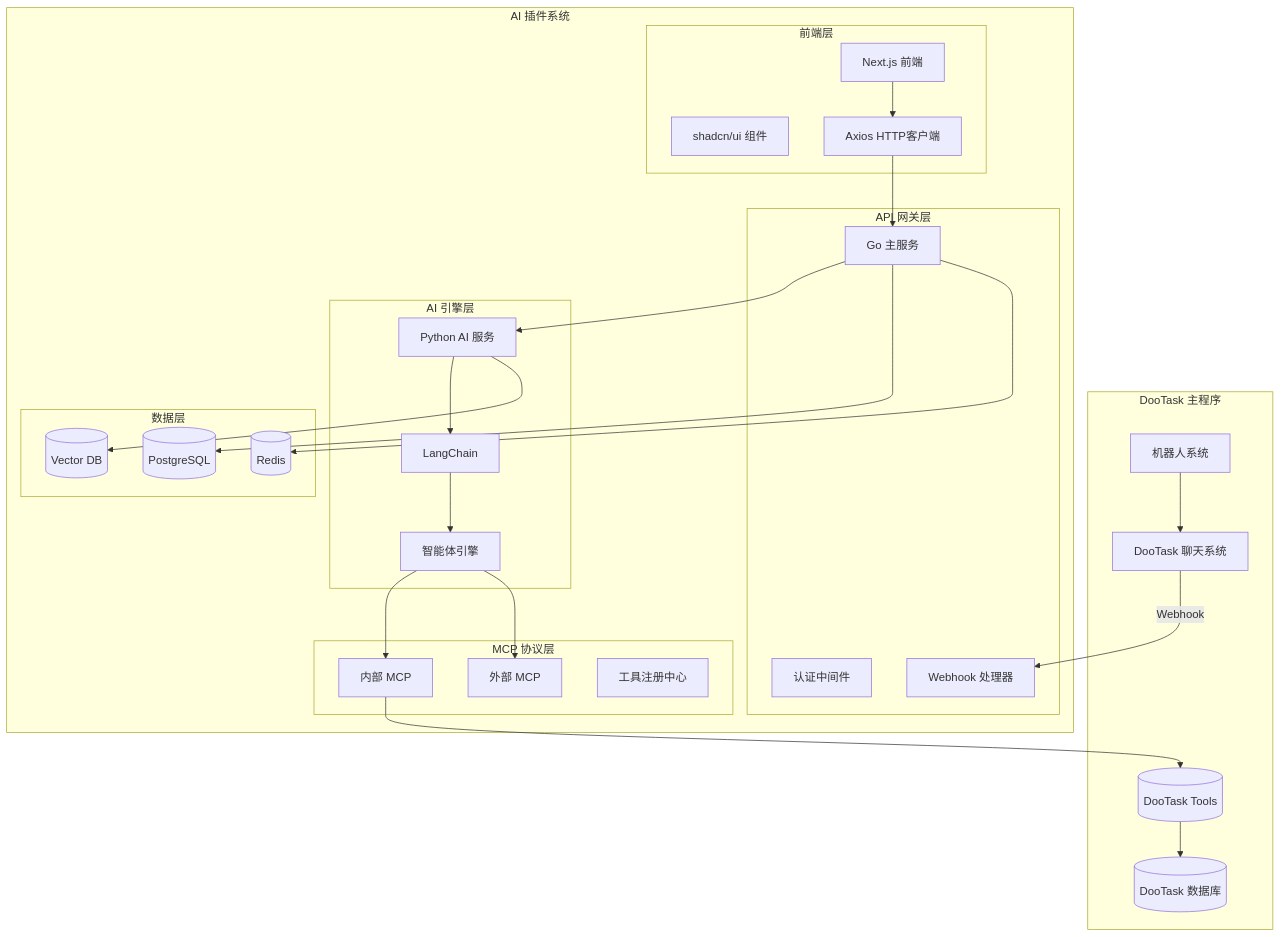
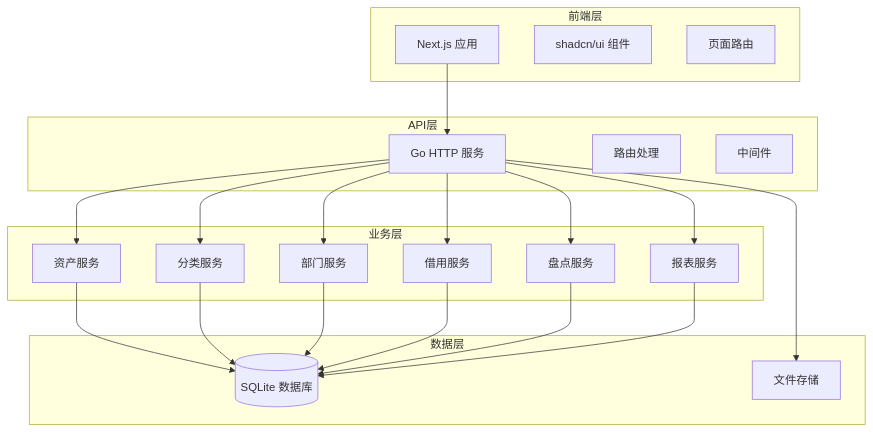
Before and after one commit to dootask/assets: the first of 3 diagrams in docs/ARCHITECTURE.md, drawn with Mermaid. The commit also changed other lines of this file and 203 other files, not shown here.

````diff
--- a/docs/ARCHITECTURE.md
+++ b/docs/ARCHITECTURE.md
@@ -5,56 +5,43 @@
 ```mermaid
 graph TB
-    subgraph "DooTask 主程序"
-        DT[DooTask 聊天系统]
-        BOT[机器人系统]
-        API_DT[(DooTask Tools)]
-        DB_DT[(DooTask 数据库)]
+    subgraph "前端层"
+        UI[Next.js 应用]
+        COMP[shadcn/ui 组件]
+        PAGES[页面路由]
     end
 
-    subgraph "AI 插件系统"
-        subgraph "前端层"
-            UI[Next.js 前端]
-            COMP[shadcn/ui 组件]
-            HTTP[Axios HTTP客户端]
-        end
-
-        subgraph "API 网关层"
-            GO[Go 主服务]
-            AUTH[认证中间件]
-            WEBHOOK[Webhook 处理器]
-        end
-
-        subgraph "AI 引擎层"
-            PY[Python AI 服务]
-            LC[LangChain]
-            AGENT[智能体引擎]
-        end
-
-        subgraph "MCP 协议层"
-            MCP_INT[内部 MCP]
-            MCP_EXT[外部 MCP]
-            TOOLS[工具注册中心]
-        end
-
-        subgraph "数据层"
-            PG[(PostgreSQL)]
-            REDIS[(Redis)]
-            VECTOR[(Vector DB)]
-        end
+    subgraph "API层"
+        GO[Go HTTP 服务]
+        ROUTER[路由处理]
+        MIDDLEWARE[中间件]
     end
 
-    DT -->|Webhook| WEBHOOK
-    BOT --> DT
-    UI --> HTTP
-    HTTP --> GO
-    GO --> PY
-    GO --> PG
-    PY --> LC
-    LC --> AGENT
-    AGENT --> MCP_INT
-    AGENT --> MCP_EXT
-    MCP_INT --> API_DT
-    API_DT --> DB_DT
-    GO --> REDIS
-    PY --> VECTOR
+    subgraph "业务层"
+        ASSET[资产服务]
+        CATEGORY[分类服务]
+        DEPT[部门服务]
+        BORROW[借用服务]
+        INVENTORY[盘点服务]
+        REPORT[报表服务]
+    end
+
+    subgraph "数据层"
+        SQLITE[(SQLite 数据库)]
+        FILES[文件存储]
+    end
+
+    UI --> GO
+    GO --> ASSET
+    GO --> CATEGORY
+    GO --> DEPT
+    GO --> BORROW
+    GO --> INVENTORY
+    GO --> REPORT
+    ASSET --> SQLITE
+    CATEGORY --> SQLITE
+    DEPT --> SQLITE
+    BORROW --> SQLITE
+    INVENTORY --> SQLITE
+    REPORT --> SQLITE
+    GO --> FILES
 ```
````
